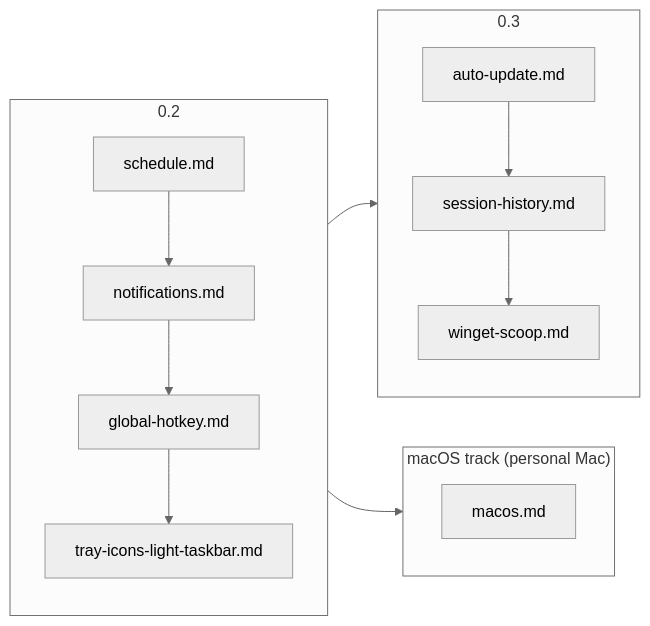
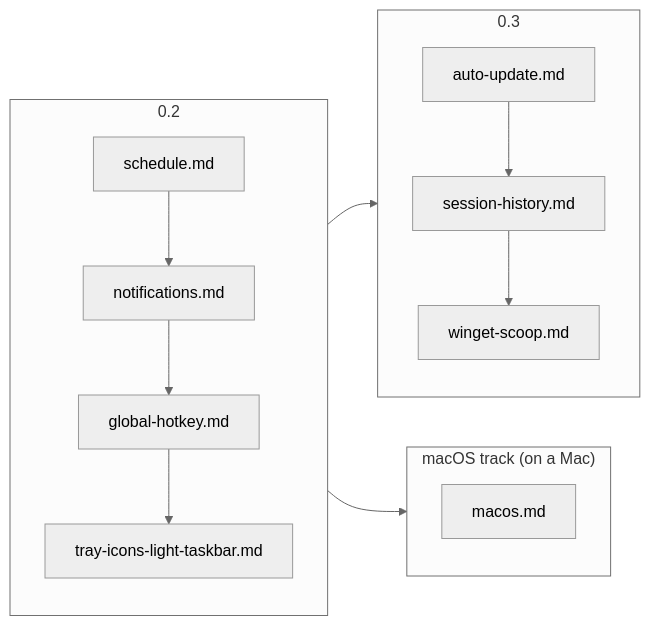
Before and after one commit to ax5hay/KeepMeAwake: the diagram in docs/specs/README.md, drawn with Mermaid (neutral theme). The commit also changed 10 other files, not shown here.

````diff
--- a/docs/specs/README.md
+++ b/docs/specs/README.md
@@ -7,17 +7,17 @@
 ```mermaid
 flowchart LR
     subgraph v02["0.2"]
         direction TB
         s["schedule.md"] --> n["notifications.md"] --> h["global-hotkey.md"] --> t["tray-icons-light-taskbar.md"]
     end
     subgraph v03["0.3"]
         direction TB
         u["auto-update.md"] --> hi["session-history.md"] --> w["winget-scoop.md"]
     end
-    subgraph mac["macOS track (personal Mac)"]
+    subgraph mac["macOS track (on a Mac)"]
         direction TB
         m["macos.md"]
     end
     v02 --> v03
     v02 --> mac
 ```
````
